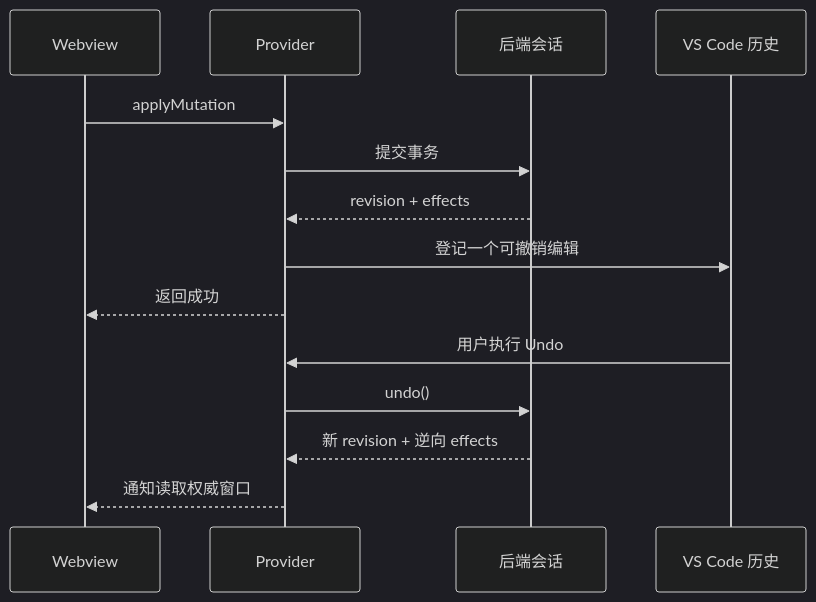
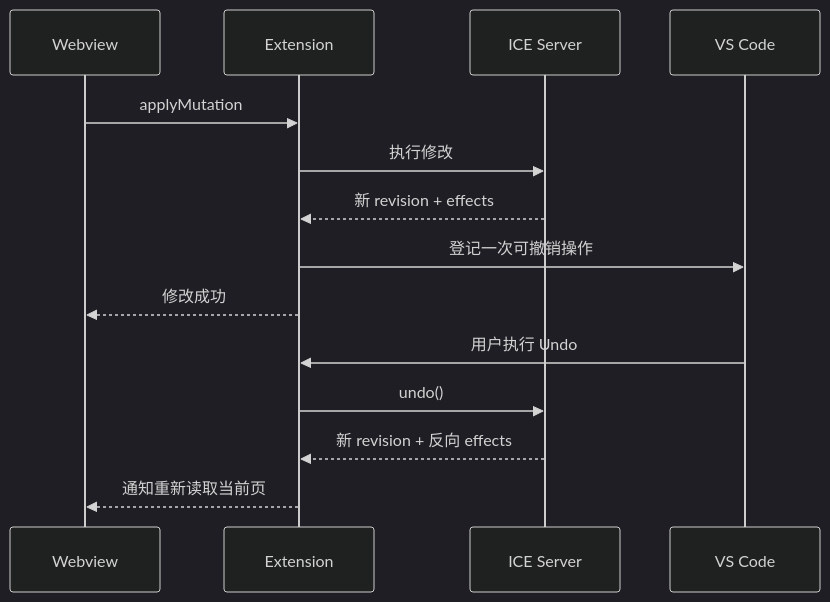
Before and after one commit to a306796405/huge-vtable: the tenth of 14 diagrams in docs/v22-lite-markdown-technical-solution.md, drawn with Mermaid (dark theme). The commit also changed other lines of this file and 2 other files, not shown here.

Commit message:
docs: rewrite pattern solution for frontend and ice server

````diff
--- a/docs/v22-lite-markdown-technical-solution.md
+++ b/docs/v22-lite-markdown-technical-solution.md
@@ -495,17 +723,17 @@
 ```mermaid
 sequenceDiagram
     participant W as Webview
-    participant P as Provider
-    participant B as 后端会话
-    participant VS as VS Code 历史
+    participant E as Extension
+    participant I as ICE Server
+    participant V as VS Code
 
-    W->>P: applyMutation
-    P->>B: 提交事务
-    B-->>P: revision + effects
-    P->>VS: 登记一个可撤销编辑
-    P-->>W: 返回成功
-    VS->>P: 用户执行 Undo
-    P->>B: undo()
-    B-->>P: 新 revision + 逆向 effects
-    P-->>W: 通知读取权威窗口
+    W->>E: applyMutation
+    E->>I: 执行修改
+    I-->>E: 新 revision + effects
+    E->>V: 登记一次可撤销操作
+    E-->>W: 修改成功
+    V->>E: 用户执行 Undo
+    E->>I: undo()
+    I-->>E: 新 revision + 反向 effects
+    E-->>W: 通知重新读取当前页
 ```
````
